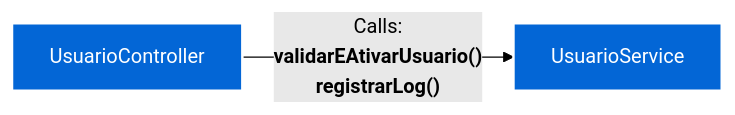
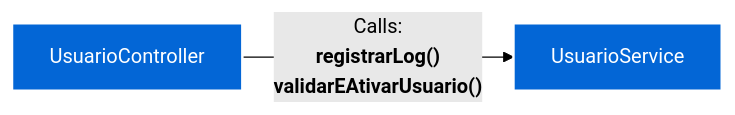
One commit to FelipeMCassiano/geanky changed the diagram in docs/00_Architecture_Overview.md. Above: the diagram before and after it, drawn with Mermaid (forest theme). The commit also changed 3 other files, not shown here.

````diff
--- a/docs/00_Architecture_Overview.md
+++ b/docs/00_Architecture_Overview.md
@@ -6,43 +6,43 @@
 ```mermaid
 flowchart LR
     %% Styling
     classDef classNode fill:#0366d6,stroke:#fff,stroke-width:2px,color:#fff,cursor:pointer;
 
     %% Nodes Creation
     
     UsuarioController["UsuarioController"]:::classNode
     click UsuarioController "UsuarioController.md" "Acessar UsuarioController"
     
     UsuarioService["UsuarioService"]:::classNode
     click UsuarioService "UsuarioService.md" "Acessar UsuarioService"
     
 
     %% Relationships / Dependencies
     
     
      
     
     
     
     
     
         
         
         
         
-            UsuarioController -->|"Calls:<br><b>validarEAtivarUsuario()<br>registrarLog()</b>"| UsuarioService
+            UsuarioController -->|"Calls:<br><b>registrarLog()<br>validarEAtivarUsuario()</b>"| UsuarioService
         
 
     
     
     
     
      
     
     
     
     
     
     
     
 ```
````
